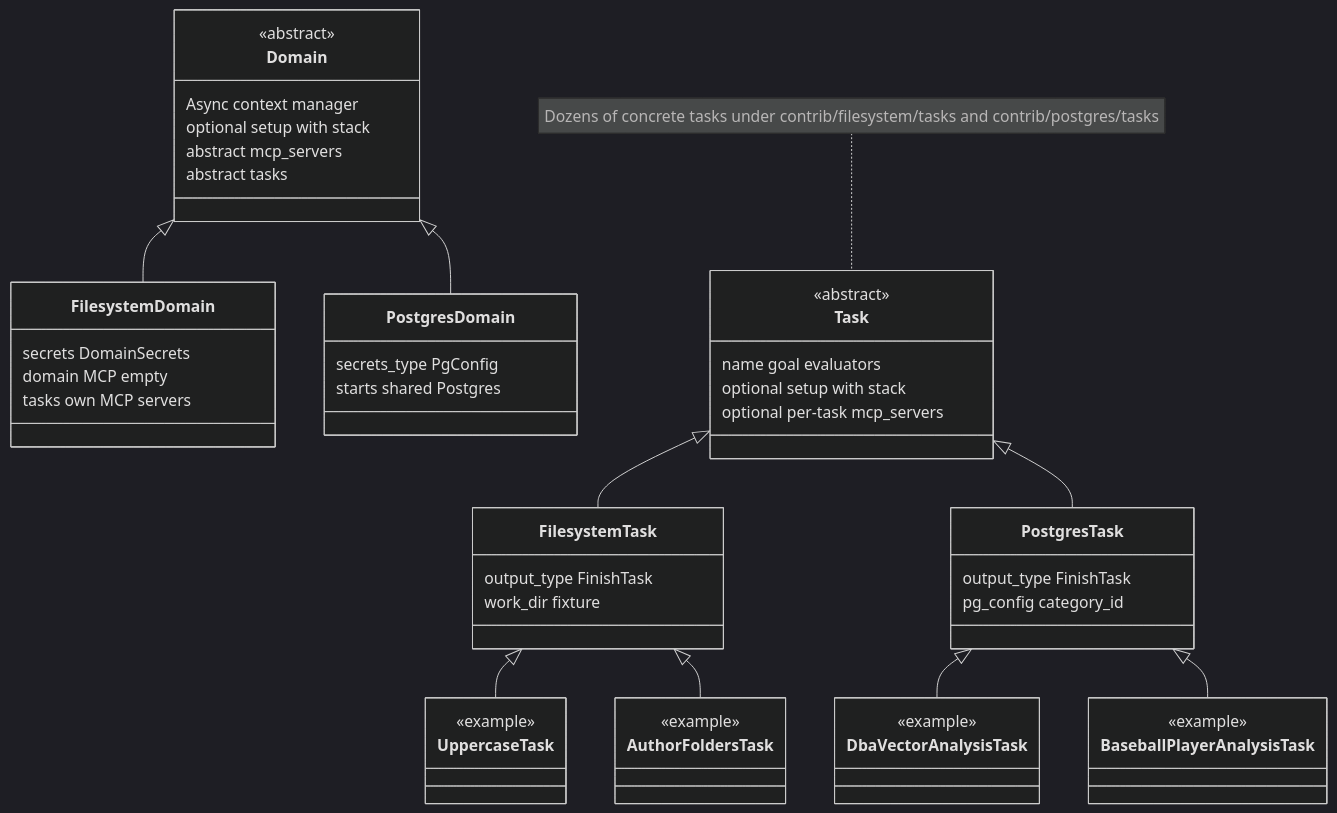
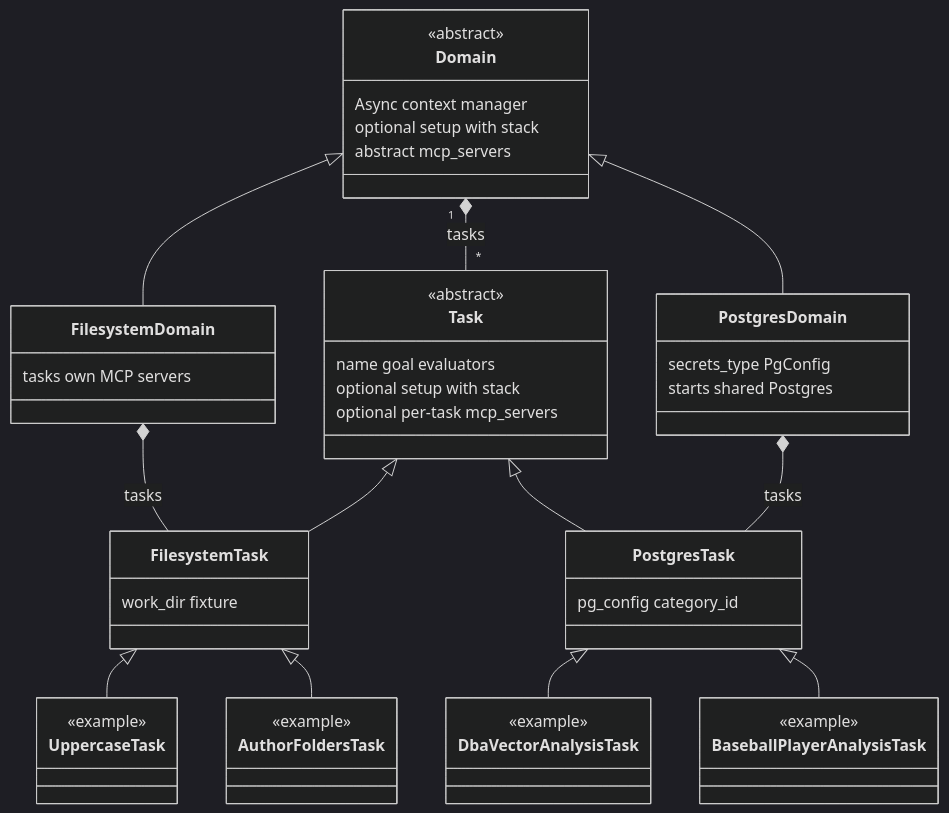
The diagram in NEW_DOMAIN.md (deeppavlov/mcp-evals), drawn with Mermaid (dark theme) before and after one commit.

Commit message:
edit class diagram

````diff
--- a/NEW_DOMAIN.md
+++ b/NEW_DOMAIN.md
@@ -23,67 +23,65 @@
 ```mermaid
 classDiagram
     direction TB
 
     class Domain {
         <<abstract>>
         Async context manager
         optional setup with stack
         abstract mcp_servers
-        abstract tasks
     }
 
     class FilesystemDomain {
-        secrets DomainSecrets
-        domain MCP empty
         tasks own MCP servers
     }
 
     class PostgresDomain {
         secrets_type PgConfig
         starts shared Postgres
     }
 
     Domain <|-- FilesystemDomain
     Domain <|-- PostgresDomain
 
+    Domain "1" *-- "*" Task : tasks
+
     class Task {
         <<abstract>>
         name goal evaluators
         optional setup with stack
         optional per-task mcp_servers
     }
 
     class FilesystemTask {
-        output_type FinishTask
         work_dir fixture
     }
 
     class PostgresTask {
-        output_type FinishTask
         pg_config category_id
     }
 
+    FilesystemDomain *-- FilesystemTask : tasks
     Task <|-- FilesystemTask
     Task <|-- PostgresTask
 
     class UppercaseTask {
         <<example>>
     }
     class AuthorFoldersTask {
         <<example>>
     }
 
     class DbaVectorAnalysisTask {
         <<example>>
     }
     class BaseballPlayerAnalysisTask {
         <<example>>
     }
 
     FilesystemTask <|-- UppercaseTask
     FilesystemTask <|-- AuthorFoldersTask
     PostgresTask <|-- DbaVectorAnalysisTask
     PostgresTask <|-- BaseballPlayerAnalysisTask
 
-    note for Task "Dozens of concrete tasks under contrib/filesystem/tasks and contrib/postgres/tasks"
+    PostgresDomain *-- PostgresTask : tasks
 ```
````
